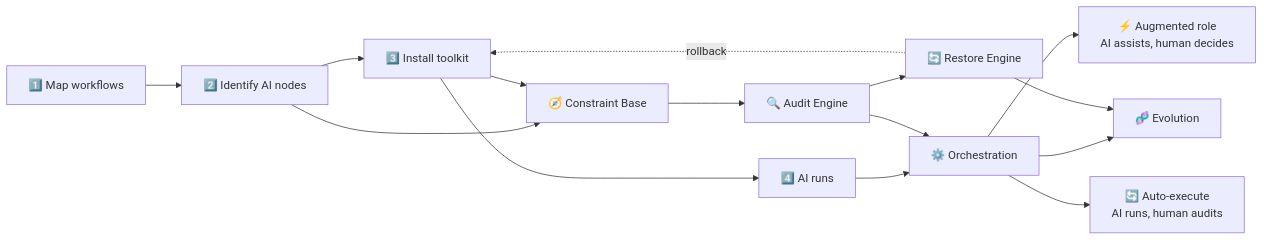
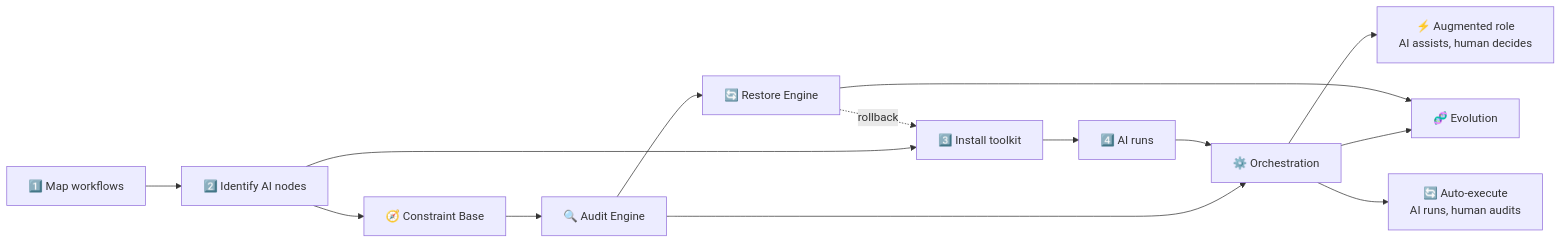
The first of 5 diagrams in README.en.md (KongFangXun/sofagent), drawn with Mermaid before and after one commit. The commit also changed other lines of this file and 1 other file, not shown here.

Commit message:
docs: FDE Mermaid消除线交叉 — 纯向下+向右无交叉布局

````diff
--- a/README.en.md
+++ b/README.en.md
@@ -87,14 +87,13 @@
 ```mermaid
 graph LR
-    A["1️⃣ Map workflows"] --> B["2️⃣ Identify AI nodes"]
-    B --> C["3️⃣ Install toolkit"] --> D["4️⃣ AI runs"]
+    1["1️⃣ Map workflows"] --> 2["2️⃣ Identify AI nodes"] --> 3["3️⃣ Install toolkit"] --> 4["4️⃣ AI runs"]
 
-    B --> E["🧭 Constraint Base"] --> F["🔍 Audit Engine"] --> G["🔄 Restore Engine"]
-    C --> E
-    D --> H["⚙️ Orchestration"] --> I["🧬 Evolution"]
-    F --> H
-    G --> I
+    2 --> E["🧭 Constraint Base"]
+    E --> F["🔍 Audit Engine"] --> H["⚙️ Orchestration"] --> I["🧬 Evolution"]
+    4 --> H
+
+    F --> G["🔄 Restore Engine"] --> I
     H --> J["⚡ Augmented role<br/>AI assists, human decides"]
     H --> K["🔄 Auto-execute<br/>AI runs, human audits"]
-    G -.-> |rollback| C
+    G -.-> |rollback| 3
 ```
````
